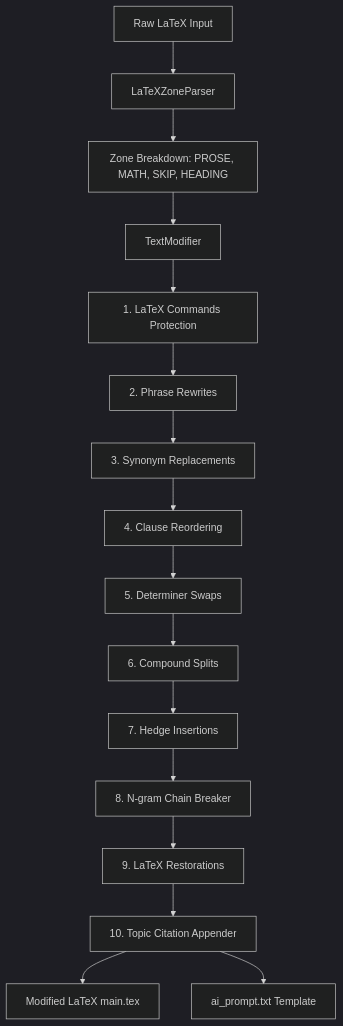
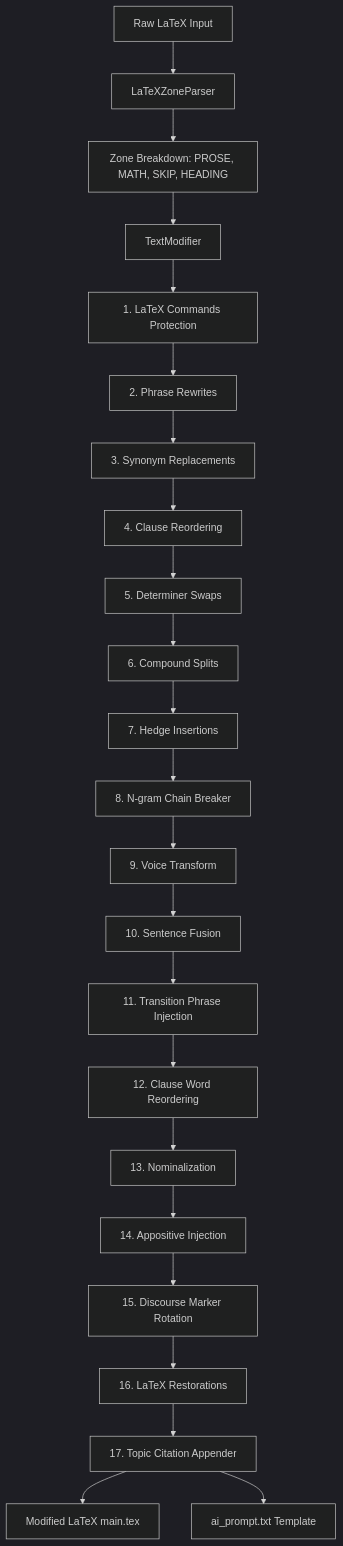
The diagram in docs/architecture.md (AhmadHassan-BTed/Turnitout), drawn with Mermaid (dark theme) before and after one commit. The commit also changed other lines of this file and 2 other files, not shown here.

Commit message:
feat: implement seven advanced linguistic transformation stages and update documentation.

````diff
--- a/docs/architecture.md
+++ b/docs/architecture.md
@@ -9,18 +9,25 @@
 ```mermaid
 flowchart TD
     A[Raw LaTeX Input] --> B[LaTeXZoneParser]
     B --> C[Zone Breakdown: PROSE, MATH, SKIP, HEADING]
     C --> D[TextModifier]
-    D --> E[1. LaTeX Commands Protection]
-    E --> F[2. Phrase Rewrites]
-    F --> G[3. Synonym Replacements]
-    G --> H[4. Clause Reordering]
-    H --> I[5. Determiner Swaps]
-    I --> J[6. Compound Splits]
-    J --> K[7. Hedge Insertions]
-    K --> L[8. N-gram Chain Breaker]
-    L --> M[9. LaTeX Restorations]
-    M --> N[10. Topic Citation Appender]
+    D --> E1[1. LaTeX Commands Protection]
+    E1 --> E2[2. Phrase Rewrites]
+    E2 --> E3[3. Synonym Replacements]
+    E3 --> E4[4. Clause Reordering]
+    E4 --> E5[5. Determiner Swaps]
+    E5 --> E6[6. Compound Splits]
+    E6 --> E7[7. Hedge Insertions]
+    E7 --> E8[8. N-gram Chain Breaker]
+    E8 --> E9[9. Voice Transform]
+    E9 --> E10[10. Sentence Fusion]
+    E10 --> E11[11. Transition Phrase Injection]
+    E11 --> E12[12. Clause Word Reordering]
+    E12 --> E13[13. Nominalization]
+    E13 --> E14[14. Appositive Injection]
+    E14 --> E15[15. Discourse Marker Rotation]
+    E15 --> M[16. LaTeX Restorations]
+    M --> N[17. Topic Citation Appender]
     N --> O[Modified LaTeX main.tex]
     N --> P[ai_prompt.txt Template]
 ```
````
